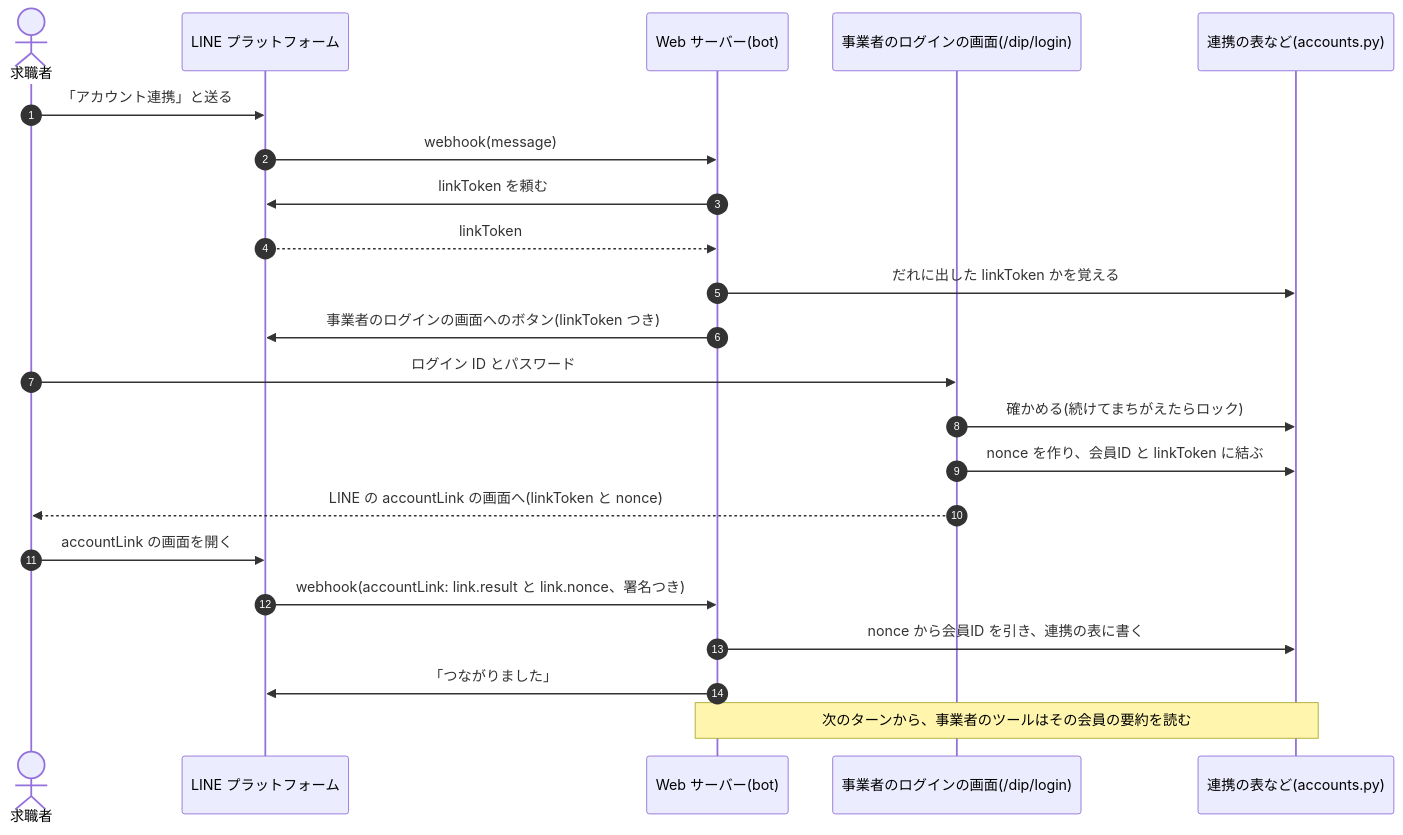
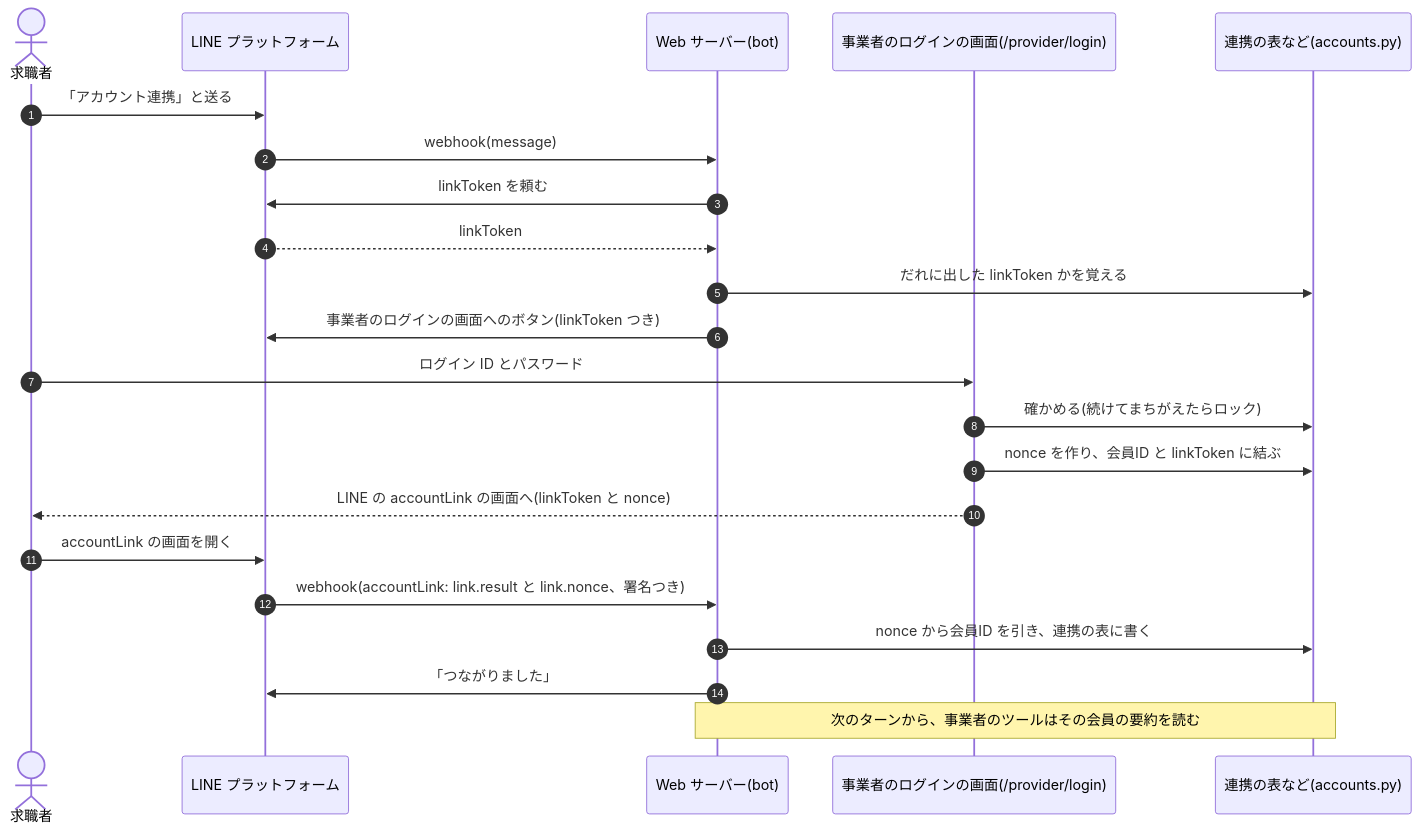
One commit to jyoka/aica changed diagram 13 of 15 in docs/architecture/hld.md. Above: the diagram before and after it, drawn with Mermaid. The commit also changed other lines of this file and 389 other files, not shown here.

````diff
--- a/docs/architecture/hld.md
+++ b/docs/architecture/hld.md
@@ -904,25 +905,25 @@
 ```mermaid
 sequenceDiagram
     autonumber
     actor U as 求職者
     participant L as LINE プラットフォーム
     participant B as Web サーバー(bot)
-    participant D as 事業者のログインの画面(/dip/login)
+    participant D as 事業者のログインの画面(/provider/login)
     participant A as 連携の表など(accounts.py)
 
     U->>L: 「アカウント連携」と送る
     L->>B: webhook(message)
     B->>L: linkToken を頼む
     L-->>B: linkToken
     B->>A: だれに出した linkToken かを覚える
     B->>L: 事業者のログインの画面へのボタン(linkToken つき)
     U->>D: ログイン ID とパスワード
     D->>A: 確かめる(続けてまちがえたらロック)
     D->>A: nonce を作り、会員ID と linkToken に結ぶ
     D-->>U: LINE の accountLink の画面へ(linkToken と nonce)
     U->>L: accountLink の画面を開く
     L->>B: webhook(accountLink: link.result と link.nonce、署名つき)
     B->>A: nonce から会員ID を引き、連携の表に書く
     B->>L: 「つながりました」
     Note over B,A: 次のターンから、事業者のツールはその会員の要約を読む
 ```
````
